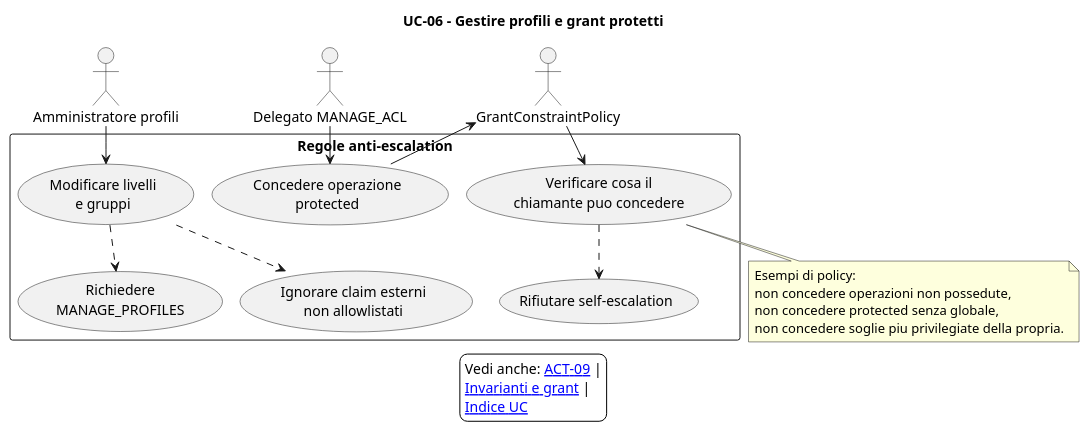
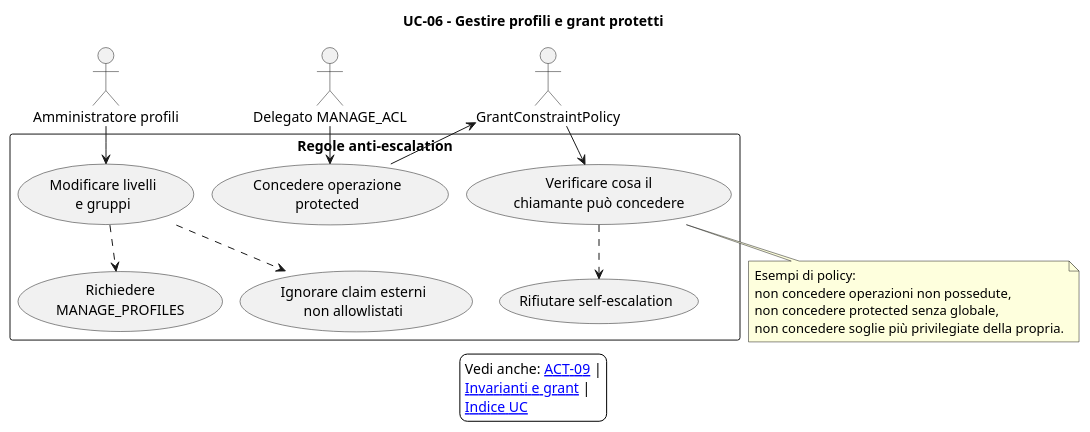
The diagram in design/use case/06_gestire_profili_grant_protetti.puml (antlampas/ACL), drawn with PlantUML before and after one commit. The commit also changed 38 other files, not shown here.

Commit message:
docs: corretti testi e diagrammi UML

```diff
--- a/design/use case/06_gestire_profili_grant_protetti.puml
+++ b/design/use case/06_gestire_profili_grant_protetti.puml
@@ -1,48 +1,48 @@
 @startuml 06_gestire_profili_grant_protetti
 ' Title: Sistema ACL - 06_gestire_profili_grant_protetti
 ' Author/Licensor: Francesco
 ' Source: this repository
 ' License: Creative Commons Attribution-ShareAlike 4.0 International
 ' License URL: https://creativecommons.org/licenses/by-sa/4.0/
 ' SPDX-License-Identifier: CC-BY-SA-4.0
 !pragma layout smetana
 skinparam backgroundColor white
 skinparam nodesep 80
 skinparam ranksep 80
 title UC-06 - Gestire profili e grant protetti
 skinparam shadowing false
 
 actor "Amministratore profili" as AdminProfili
 actor "Delegato MANAGE_ACL" as Delegato
 actor "GrantConstraintPolicy" as GrantPolicy
 
 rectangle "Regole anti-escalation" {
   usecase "Modificare livelli\ne gruppi" as UCProfiles
   usecase "Richiedere\nMANAGE_PROFILES" as UCManageProfiles
   usecase "Concedere operazione\nprotected" as UCProtectedGrant
-  usecase "Verificare cosa il\nchiamante puo concedere" as UCGrantCheck
+  usecase "Verificare cosa il\nchiamante può concedere" as UCGrantCheck
   usecase "Rifiutare self-escalation" as UCSelfEscalation
   usecase "Ignorare claim esterni\nnon allowlistati" as UCExternalClaims
 }
 
 AdminProfili --> UCProfiles
 UCProfiles ..> UCManageProfiles
 Delegato --> UCProtectedGrant
 UCProtectedGrant --> GrantPolicy
 GrantPolicy --> UCGrantCheck
 UCGrantCheck ..> UCSelfEscalation
 UCProfiles ..> UCExternalClaims
 
 note bottom of UCGrantCheck
   Esempi di policy:
   non concedere operazioni non possedute,
   non concedere protected senza globale,
-  non concedere soglie piu privilegiate della propria.
+  non concedere soglie più privilegiate della propria.
 end note
 
 legend
   Vedi anche: [[../attivit%C3%A0/09_grant_protetti.puml ACT-09]] |
   [[../classi/04_invarianti_grant.puml Invarianti e grant]] |
   [[00_mappa_use_case.puml Indice UC]]
 endlegend
 @enduml
```
